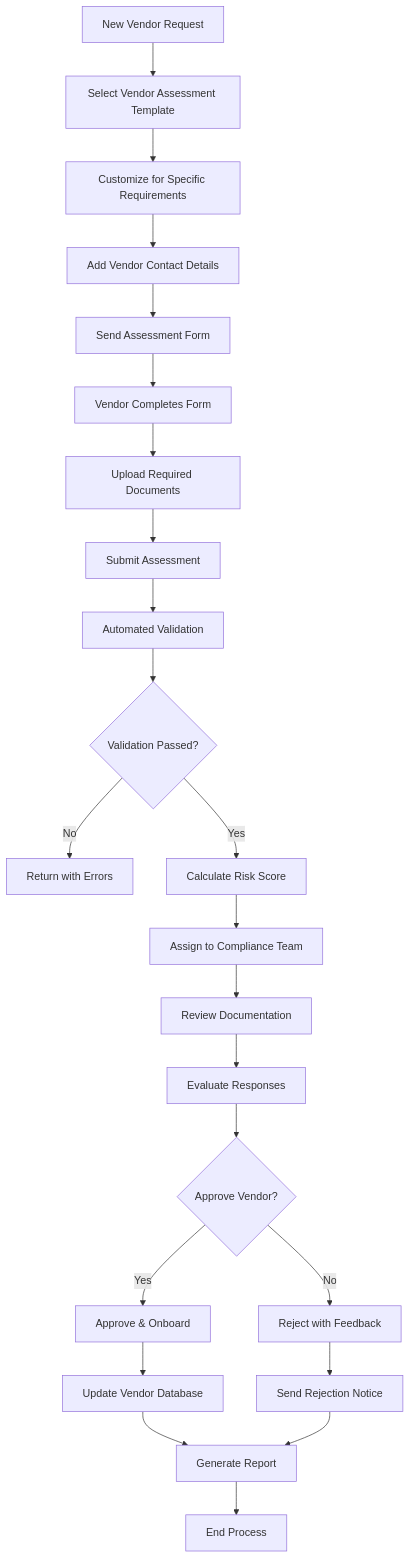
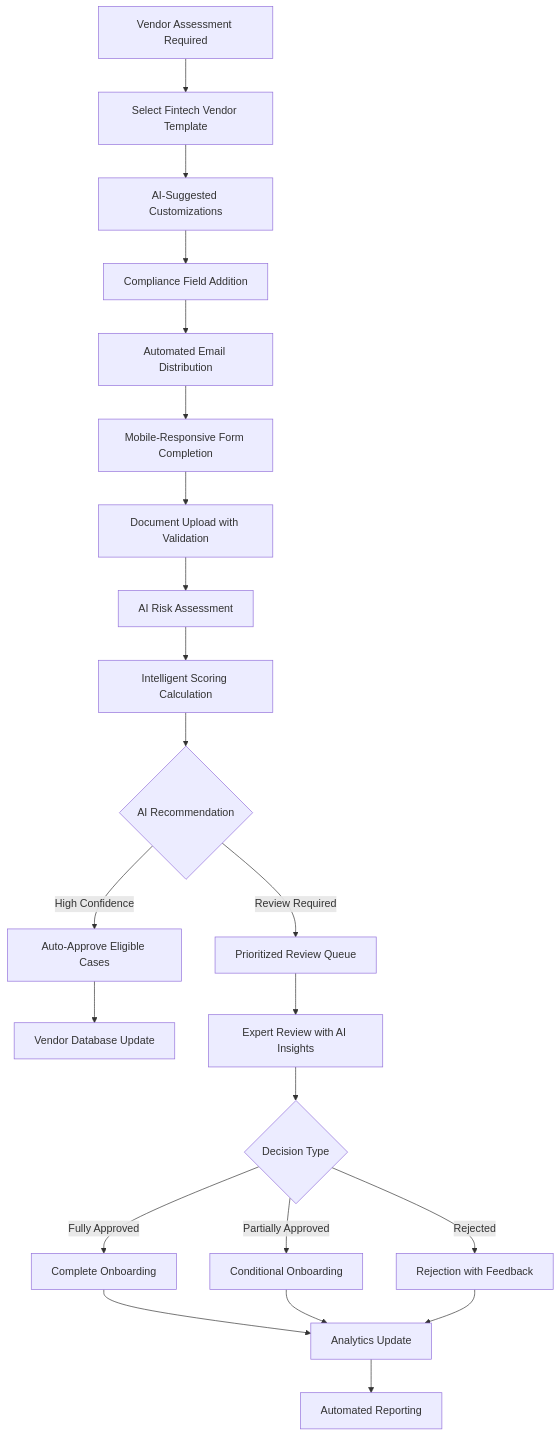
The second of 3 diagrams in Resources/BRD_DOCUMENT.md (solidrange/solidrange-form-flow), drawn with Mermaid before and after one commit. The commit also changed other lines of this file and 6 other files, not shown here.

````diff
--- a/Resources/BRD_DOCUMENT.md
+++ b/Resources/BRD_DOCUMENT.md
@@ -358,25 +403,24 @@
 ```mermaid
 flowchart TD
-    A[New Vendor Request] --> B[Select Vendor Assessment Template]
-    B --> C[Customize for Specific Requirements]
-    C --> D[Add Vendor Contact Details]
-    D --> E[Send Assessment Form]
-    E --> F[Vendor Completes Form]
-    F --> G[Upload Required Documents]
-    G --> H[Submit Assessment]
-    H --> I[Automated Validation]
-    I --> J{Validation Passed?}
-    J -->|No| K[Return with Errors]
-    J -->|Yes| L[Calculate Risk Score]
-    L --> M[Assign to Compliance Team]
-    M --> N[Review Documentation]
-    N --> O[Evaluate Responses]
-    O --> P{Approve Vendor?}
-    P -->|Yes| Q[Approve & Onboard]
-    P -->|No| R[Reject with Feedback]
-    Q --> S[Update Vendor Database]
-    R --> T[Send Rejection Notice]
-    S --> U[Generate Report]
-    T --> U
-    U --> V[End Process]
+    A[Vendor Assessment Required] --> B[Select Fintech Vendor Template]
+    B --> C[AI-Suggested Customizations]
+    C --> D[Compliance Field Addition]
+    D --> E[Automated Email Distribution]
+    E --> F[Mobile-Responsive Form Completion]
+    F --> G[Document Upload with Validation]
+    G --> H[AI Risk Assessment]
+    H --> I[Intelligent Scoring Calculation]
+    I --> J{AI Recommendation}
+    J -->|High Confidence| K[Auto-Approve Eligible Cases]
+    J -->|Review Required| L[Prioritized Review Queue]
+    K --> M[Vendor Database Update]
+    L --> N[Expert Review with AI Insights]
+    N --> O{Decision Type}
+    O -->|Fully Approved| P[Complete Onboarding]
+    O -->|Partially Approved| Q[Conditional Onboarding]
+    O -->|Rejected| R[Rejection with Feedback]
+    P --> S[Analytics Update]
+    Q --> S
+    R --> S
+    S --> T[Automated Reporting]
 ```
````
